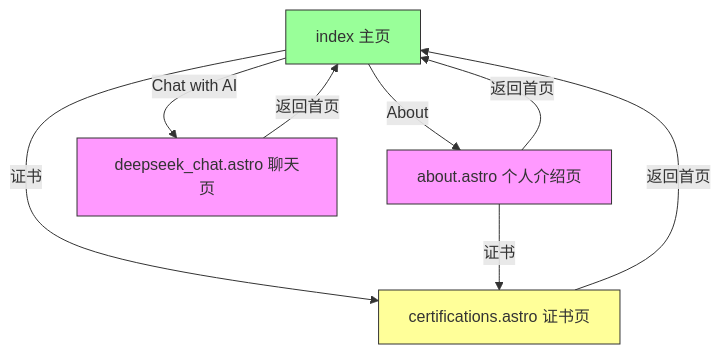
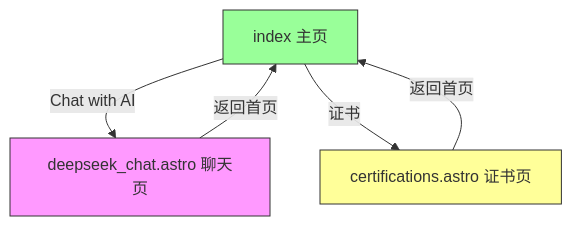
One commit to RendaZhang/rendazhang changed the second of 2 diagrams in README.md. Above: the diagram before and after it, drawn with Mermaid. The commit also changed other lines of this file and 15 other files, not shown here.

Commit message:
Remove index page and set about as homepage

````diff
--- a/README.md
+++ b/README.md
@@ -211,15 +210,11 @@
 ```mermaid
 flowchart TD
-    A[index 主页] -->|About| B[about.astro 个人介绍页]
-    A -->|Chat with AI| C[deepseek_chat.astro 聊天页]
-    A -->|证书| D[certifications.astro 证书页]
+    A[index 主页] -->|Chat with AI| B[deepseek_chat.astro 聊天页]
+    A -->|证书| C[certifications.astro 证书页]
     B -->|返回首页| A
-    B -->|证书| D
     C -->|返回首页| A
-    D -->|返回首页| A
 
     style A fill:#9f9,stroke:#333
     style B fill:#f9f,stroke:#333
-    style C fill:#f9f,stroke:#333
-    style D fill:#ff9,stroke:#333
+    style C fill:#ff9,stroke:#333
 ```
````
